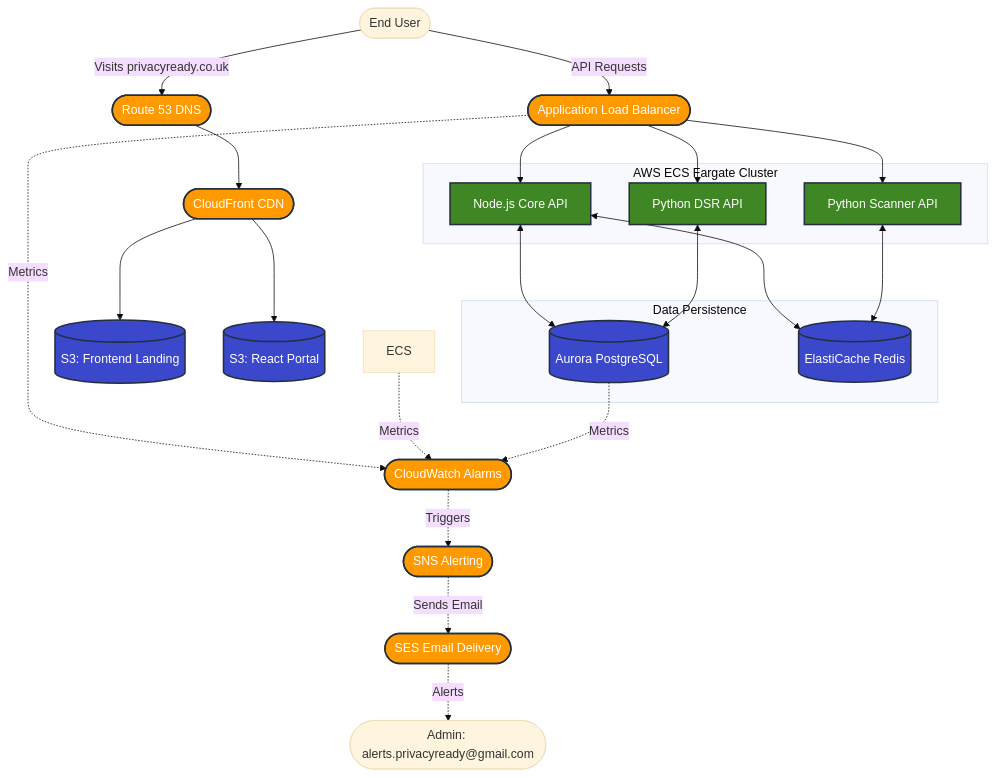
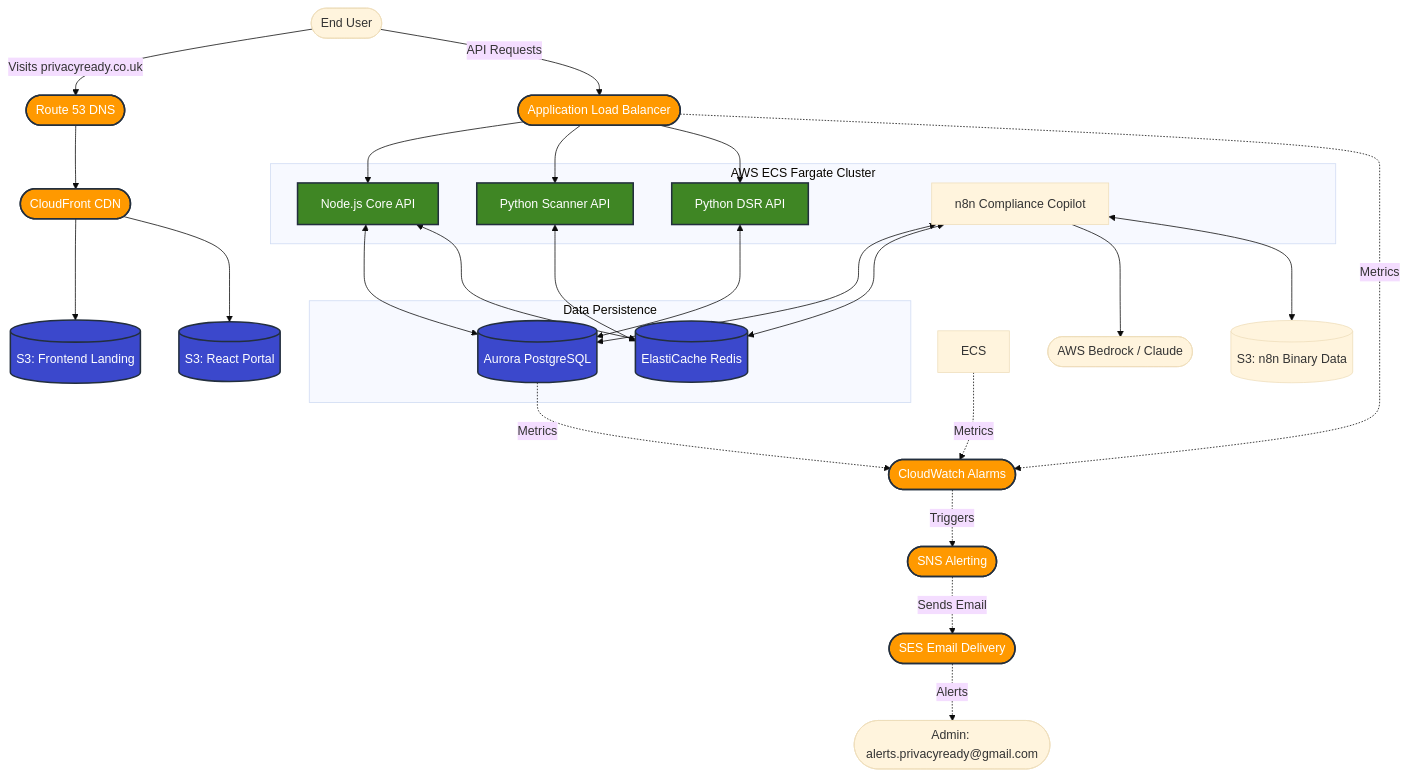
One commit to Dad3-Murp4y/privacyready changed the first of 2 diagrams in docs/README.md. Above: the diagram before and after it, drawn with Mermaid (base theme). The commit also changed other lines of this file and 4 other files, not shown here.

Commit message:
feat: implement persistent instance lifecycle management with pre-destroy/post-import scripts and add n8n architecture documentation.

````diff
--- a/docs/README.md
+++ b/docs/README.md
@@ -13,64 +13,71 @@
 ```mermaid
 graph TD
     %% Define User and DNS
     User([End User])
     DNS([Route 53 DNS])
     
     %% Define Frontend / CDN
     CDN([CloudFront CDN])
     S3_Frontend[(S3: Frontend Landing)]
     S3_Portal[(S3: React Portal)]
     
     %% Define Backend / Application Layer
     ALB([Application Load Balancer])
     
     subgraph "AWS ECS Fargate Cluster"
         API[Node.js Core API]
         Scanner[Python Scanner API]
         DSR[Python DSR API]
+        N8N[n8n Compliance Copilot]
     end
     
-    %% Define Data Layer
+    %% Define AI Layer
+    Bedrock([AWS Bedrock / Claude])
+    S3_N8N[(S3: n8n Binary Data)]
     subgraph "Data Persistence"
         RDS[(Aurora PostgreSQL)]
         Redis[(ElastiCache Redis)]
     end
     
     %% Define Monitoring Layer
     CloudWatch([CloudWatch Alarms])
     SNS([SNS Alerting])
     SES([SES Email Delivery])
     
     %% Flow
     User -->|Visits privacyready.co.uk| DNS
     DNS --> CDN
     CDN --> S3_Frontend
     CDN --> S3_Portal
     
     User -->|API Requests| ALB
     ALB --> API
     ALB --> Scanner
     ALB --> DSR
     
     API <--> RDS
     API <--> Redis
     Scanner <--> Redis
     DSR <--> RDS
+    N8N <--> RDS
+    N8N <--> Redis
+    N8N --> Bedrock
+    N8N <--> S3_N8N
     
     %% Monitoring Flow
     ALB -.->|Metrics| CloudWatch
     ECS -.->|Metrics| CloudWatch
     RDS -.->|Metrics| CloudWatch
     
     CloudWatch -.->|Triggers| SNS
     SNS -.->|Sends Email| SES
     SES -.->|Alerts| Admin([Admin: alerts.privacyready@gmail.com])
     
     classDef aws fill:#FF9900,stroke:#232F3E,stroke-width:2px,color:white;
     classDef service fill:#3F8624,stroke:#232F3E,stroke-width:2px,color:white;
     classDef data fill:#3B48CC,stroke:#232F3E,stroke-width:2px,color:white;
     
     class CDN,ALB,CloudWatch,SNS,SES,DNS aws;
     class API,Scanner,DSR service;
     class S3_Frontend,S3_Portal,RDS,Redis data;
 ```
````
